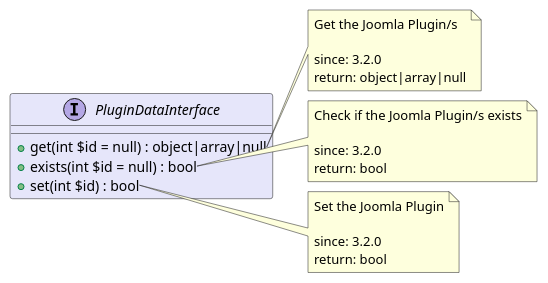
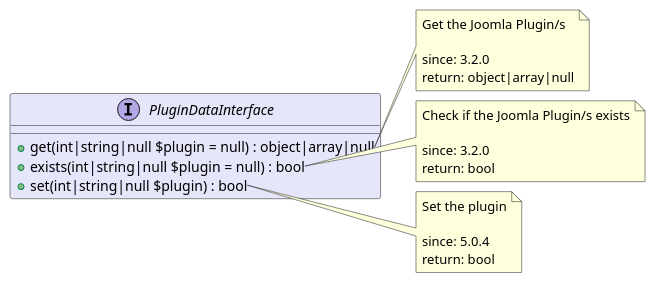
The diagram in src/8cc85656-a925-4a46-a49b-83c72167fd6a/README.md (joomengine/jcb-compiler), drawn with PlantUML before and after one commit. The commit also changed 558 other files, not shown here.

````diff
--- a/src/8cc85656-a925-4a46-a49b-83c72167fd6a/README.md
+++ b/src/8cc85656-a925-4a46-a49b-83c72167fd6a/README.md
@@ -12,31 +12,31 @@
 ```uml
 @startuml
 interface PluginDataInterface  #Lavender {
-  + get(int $id = null) : object|array|null
-  + exists(int $id = null) : bool
-  + set(int $id) : bool
+  + get(int|string|null $plugin = null) : object|array|null
+  + exists(int|string|null $plugin = null) : bool
+  + set(int|string|null $plugin) : bool
 }
 
 note right of PluginDataInterface::get
   Get the Joomla Plugin/s
 
   since: 3.2.0
   return: object|array|null
 end note
 
 note right of PluginDataInterface::exists
   Check if the Joomla Plugin/s exists
 
   since: 3.2.0
   return: bool
 end note
 
 note right of PluginDataInterface::set
-  Set the Joomla Plugin
+  Set the plugin
 
-  since: 3.2.0
+  since: 5.0.4
   return: bool
 end note
  
 @enduml
 ```
````
